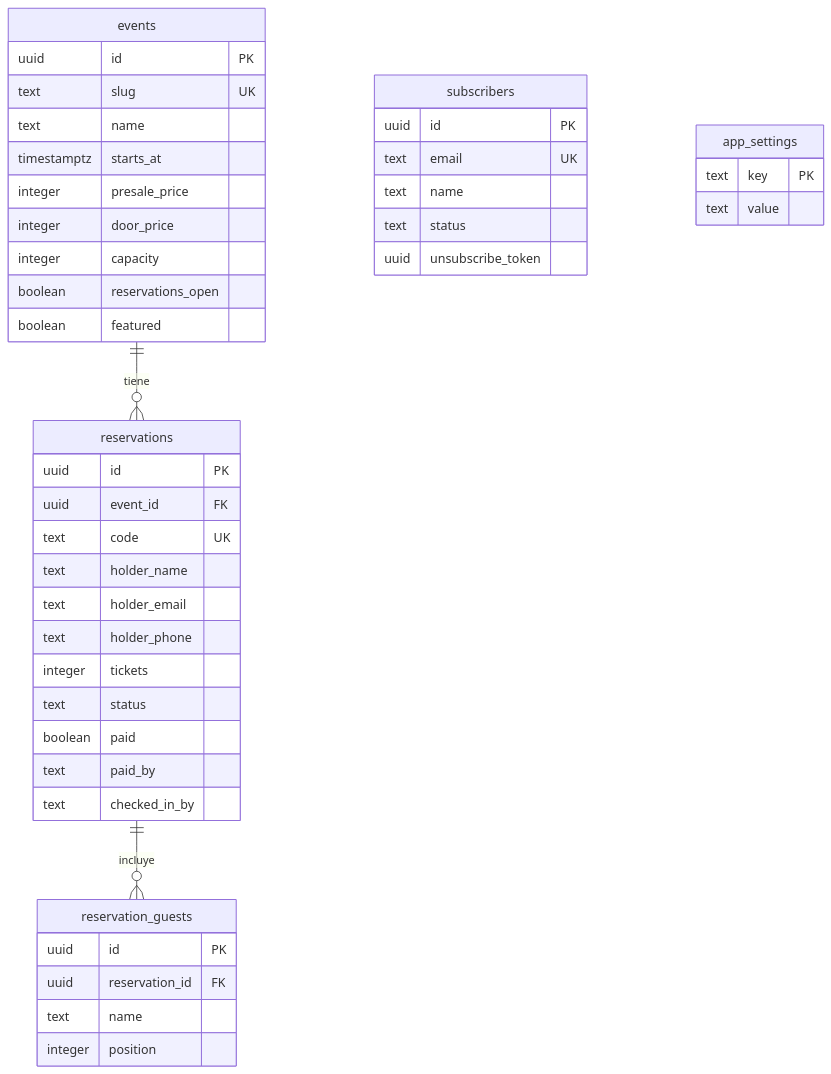
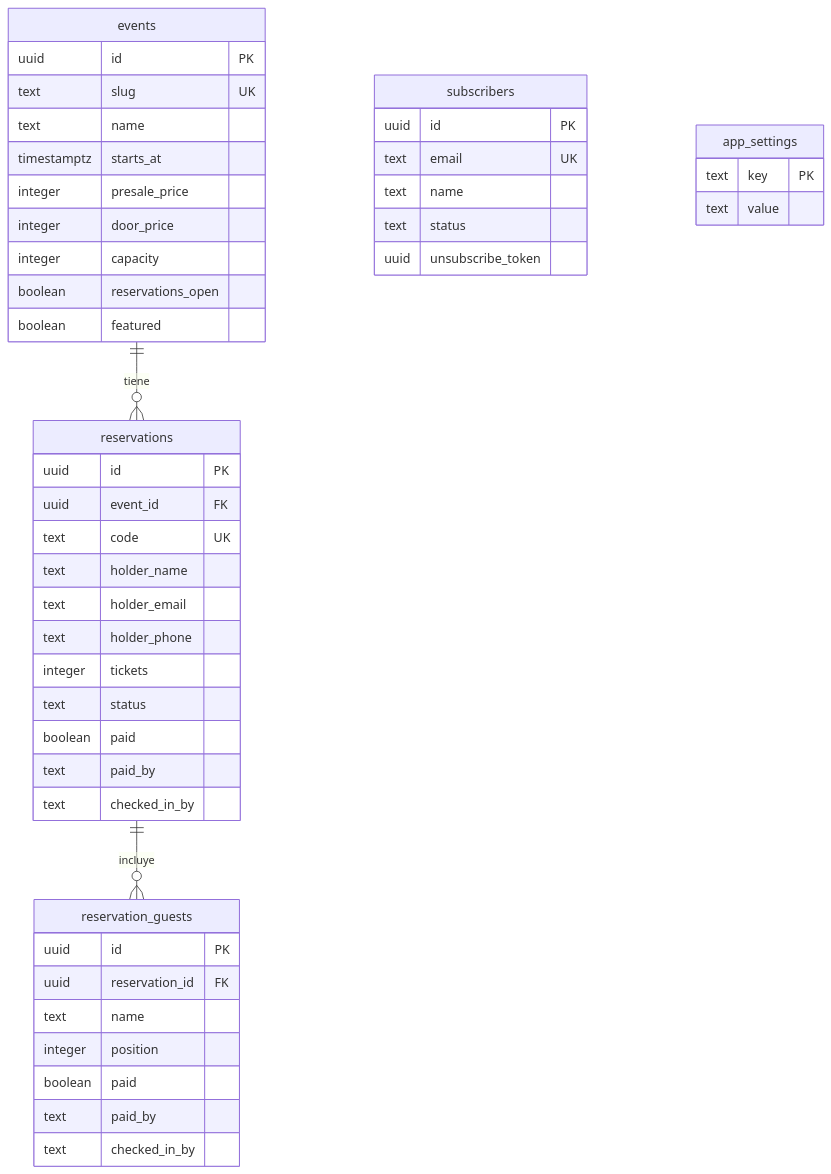
The diagram in docs/base-de-datos.md (JLowZ/Nemorphic), drawn with Mermaid before and after one commit. The commit also changed other lines of this file and 15 other files, not shown here.

````diff
--- a/docs/base-de-datos.md
+++ b/docs/base-de-datos.md
@@ -18,47 +18,50 @@
 ```mermaid
 erDiagram
     events ||--o{ reservations : "tiene"
     reservations ||--o{ reservation_guests : "incluye"
 
     events {
         uuid id PK
         text slug UK
         text name
         timestamptz starts_at
         integer presale_price
         integer door_price
         integer capacity
         boolean reservations_open
         boolean featured
     }
     reservations {
         uuid id PK
         uuid event_id FK
         text code UK
         text holder_name
         text holder_email
         text holder_phone
         integer tickets
         text status
         boolean paid
         text paid_by
         text checked_in_by
     }
     reservation_guests {
         uuid id PK
         uuid reservation_id FK
         text name
         integer position
+        boolean paid
+        text paid_by
+        text checked_in_by
     }
     subscribers {
         uuid id PK
         text email UK
         text name
         text status
         uuid unsubscribe_token
     }
     app_settings {
         text key PK
         text value
     }
 ```
````
